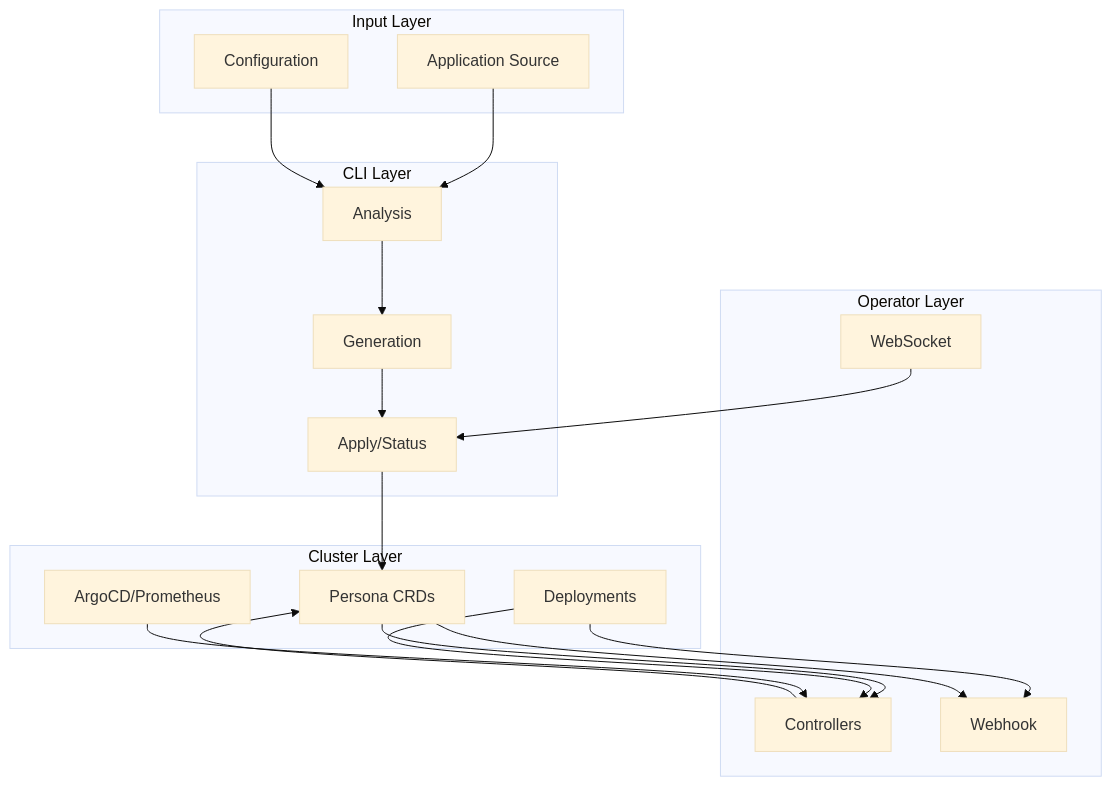
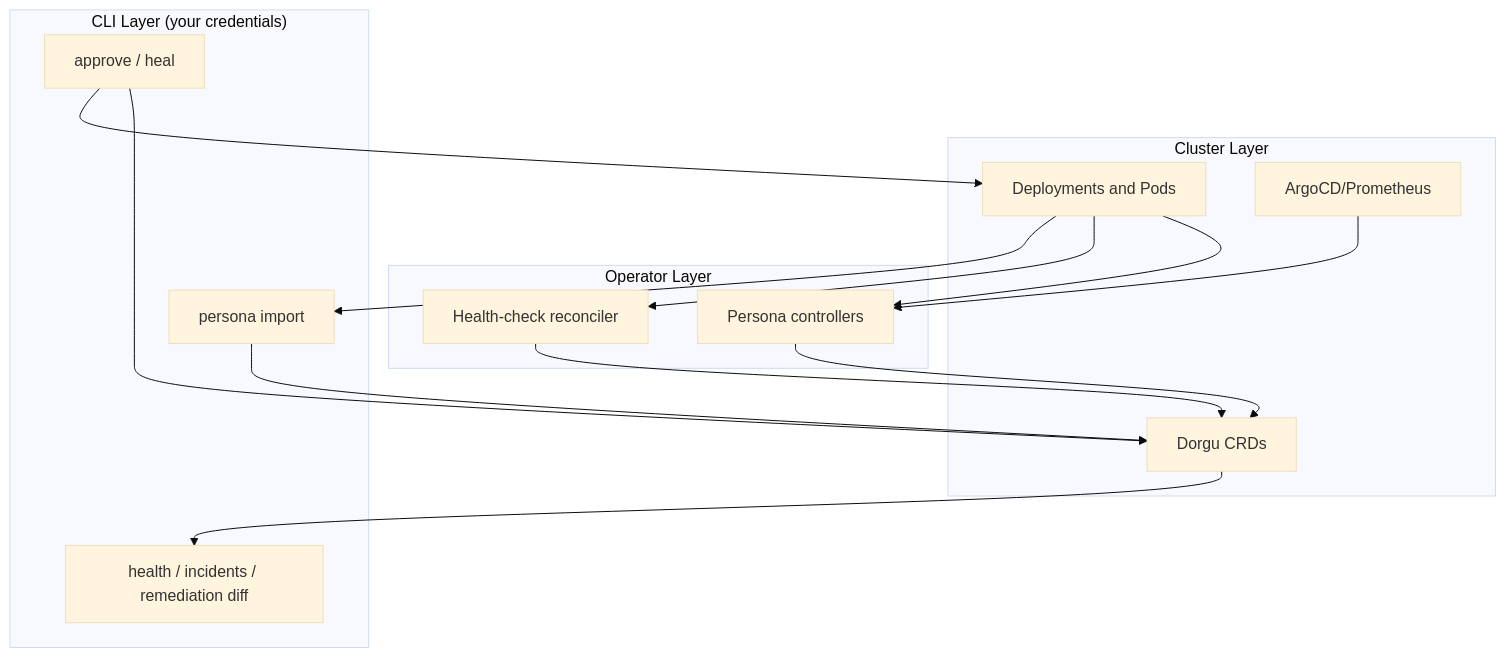
The eighth of 8 diagrams in cli/architecture/data-flow.mdx (dorgu-ai/docs), drawn with Mermaid (base theme) before and after one commit. The commit also changed other lines of this file and 3 other files, not shown here.

Commit message:
docs: rewrite CLI architecture pages around the heal and approve loop

````diff
--- a/cli/architecture/data-flow.mdx
+++ b/cli/architecture/data-flow.mdx
@@ -253,34 +201,27 @@
 ```mermaid
 flowchart TB
-    subgraph Input ["Input Layer"]
-        App["Application Source"]
-        Config["Configuration"]
-    end
-    subgraph CLILayer ["CLI Layer"]
-        Analyze["Analysis"]
-        Generate["Generation"]
-        Apply["Apply/Status"]
-    end
     subgraph ClusterLayer ["Cluster Layer"]
-        CRDs["Persona CRDs"]
-        Workloads["Deployments"]
+        Workloads["Deployments and Pods"]
         IntegrationsLayer["ArgoCD/Prometheus"]
+        CRDs["Dorgu CRDs"]
     end
     subgraph OperatorLayer ["Operator Layer"]
-        Controllers["Controllers"]
-        Webhook["Webhook"]
-        WebSocket["WebSocket"]
+        Controllers["Persona controllers"]
+        HealthCheck["Health-check reconciler"]
     end
-    App --> Analyze
-    Config --> Analyze
-    Analyze --> Generate
-    Generate --> Apply
-    Apply --> CRDs
-    CRDs --> Controllers
+    subgraph CLILayer ["CLI Layer (your credentials)"]
+        Review["health / incidents / remediation diff"]
+        Approve["approve / heal"]
+        Import["persona import"]
+    end
     Workloads --> Controllers
     IntegrationsLayer --> Controllers
+    Workloads --> HealthCheck
     Controllers --> CRDs
-    Workloads --> Webhook
-    CRDs --> Webhook
-    WebSocket --> Apply
+    HealthCheck --> CRDs
+    CRDs --> Review
+    Workloads --> Import
+    Import --> CRDs
+    Approve --> CRDs
+    Approve --> Workloads
 ```
````
